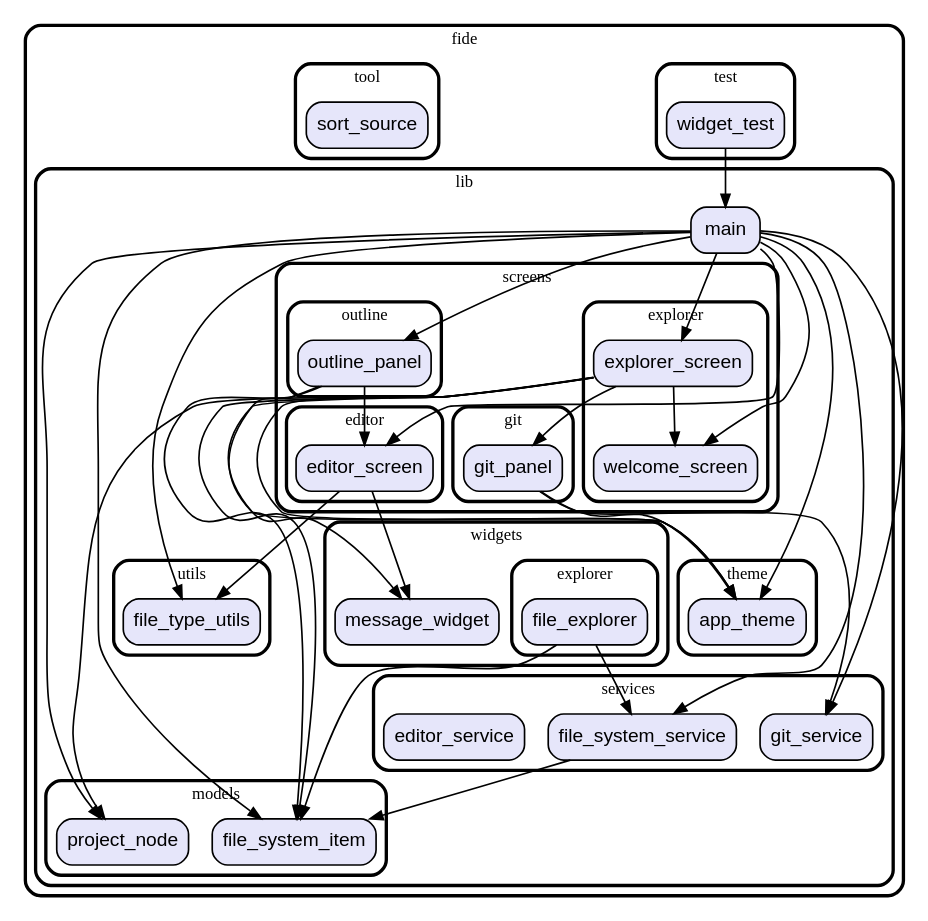
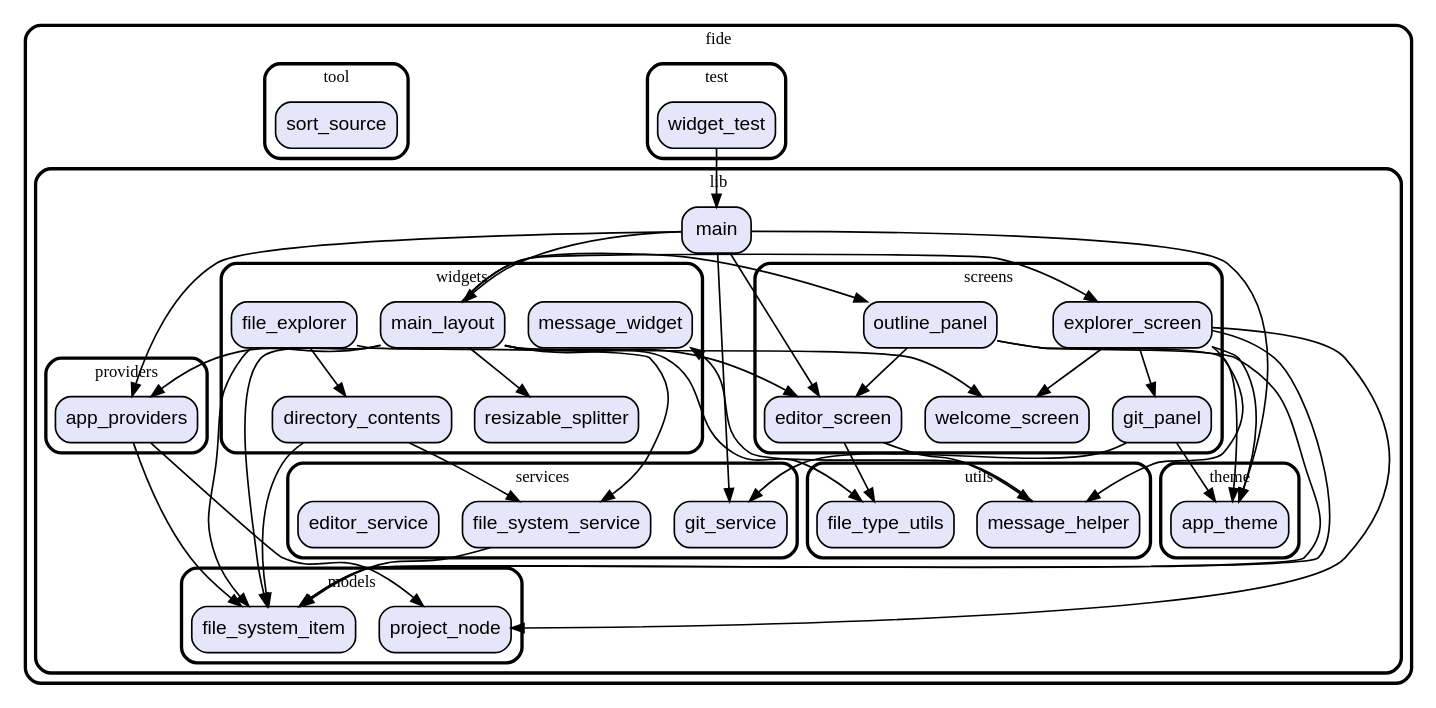
Before and after one commit to vteam-com/FIDE: the diagram in graph.dot, drawn with Graphviz. The commit also changed 14 other files, not shown here.

```diff
--- a/graph.dot
+++ b/graph.dot
@@ -1,111 +1,118 @@
 digraph "" {
   graph [style=rounded fontname="Arial Black" fontsize=13 penwidth=2.6];
   node [shape=rect style="filled,rounded" fontname=Arial fontsize=15 fillcolor=Lavender penwidth=1.3];
   edge [penwidth=1.3];
   "/test/widget_test.dart" [label="widget_test"];
+  "/lib/providers/app_providers.dart" [label="app_providers"];
+  "/lib/utils/message_helper.dart" [label="message_helper"];
   "/lib/utils/file_type_utils.dart" [label="file_type_utils"];
   "/lib/models/project_node.dart" [label="project_node"];
   "/lib/models/file_system_item.dart" [label="file_system_item"];
-  "/lib/screens/explorer/explorer_screen.dart" [label="explorer_screen"];
-  "/lib/screens/explorer/welcome_screen.dart" [label="welcome_screen"];
-  "/lib/screens/outline/outline_panel.dart" [label="outline_panel"];
-  "/lib/screens/editor/editor_screen.dart" [label="editor_screen"];
-  "/lib/screens/git/git_panel.dart" [label="git_panel"];
+  "/lib/screens/git_panel.dart" [label="git_panel"];
+  "/lib/screens/explorer_screen.dart" [label="explorer_screen"];
+  "/lib/screens/outline_panel.dart" [label="outline_panel"];
+  "/lib/screens/editor_screen.dart" [label="editor_screen"];
+  "/lib/screens/welcome_screen.dart" [label="welcome_screen"];
   "/lib/main.dart" [label="main"];
   "/lib/theme/app_theme.dart" [label="app_theme"];
   "/lib/services/git_service.dart" [label="git_service"];
   "/lib/services/file_system_service.dart" [label="file_system_service"];
   "/lib/services/editor_service.dart" [label="editor_service"];
-  "/lib/widgets/explorer/file_explorer.dart" [label="file_explorer"];
+  "/lib/widgets/resizable_splitter.dart" [label="resizable_splitter"];
+  "/lib/widgets/directory_contents.dart" [label="directory_contents"];
+  "/lib/widgets/main_layout.dart" [label="main_layout"];
+  "/lib/widgets/file_explorer.dart" [label="file_explorer"];
   "/lib/widgets/message_widget.dart" [label="message_widget"];
   "/tool/sort_source.dart" [label="sort_source"];
   subgraph "cluster~" {
     label="fide";
     subgraph "cluster~/test" {
       label="test";
       "/test/widget_test.dart";
     }
     subgraph "cluster~/lib" {
       label="lib";
       "/lib/main.dart";
+      subgraph "cluster~/lib/providers" {
+        label="providers";
+        "/lib/providers/app_providers.dart";
+      }
       subgraph "cluster~/lib/utils" {
         label="utils";
+        "/lib/utils/message_helper.dart";
         "/lib/utils/file_type_utils.dart";
       }
       subgraph "cluster~/lib/models" {
         label="models";
         "/lib/models/project_node.dart";
         "/lib/models/file_system_item.dart";
       }
       subgraph "cluster~/lib/screens" {
         label="screens";
-        subgraph "cluster~/lib/screens/explorer" {
-          label="explorer";
-          "/lib/screens/explorer/explorer_screen.dart";
-          "/lib/screens/explorer/welcome_screen.dart";
-        }
-        subgraph "cluster~/lib/screens/outline" {
-          label="outline";
-          "/lib/screens/outline/outline_panel.dart";
-        }
-        subgraph "cluster~/lib/screens/editor" {
-          label="editor";
-          "/lib/screens/editor/editor_screen.dart";
-        }
-        subgraph "cluster~/lib/screens/git" {
-          label="git";
-          "/lib/screens/git/git_panel.dart";
-        }
+        "/lib/screens/git_panel.dart";
+        "/lib/screens/explorer_screen.dart";
+        "/lib/screens/outline_panel.dart";
+        "/lib/screens/editor_screen.dart";
+        "/lib/screens/welcome_screen.dart";
       }
       subgraph "cluster~/lib/theme" {
         label="theme";
         "/lib/theme/app_theme.dart";
       }
       subgraph "cluster~/lib/services" {
         label="services";
         "/lib/services/git_service.dart";
         "/lib/services/file_system_service.dart";
         "/lib/services/editor_service.dart";
       }
       subgraph "cluster~/lib/widgets" {
         label="widgets";
+        "/lib/widgets/resizable_splitter.dart";
+        "/lib/widgets/directory_contents.dart";
+        "/lib/widgets/main_layout.dart";
+        "/lib/widgets/file_explorer.dart";
         "/lib/widgets/message_widget.dart";
-        subgraph "cluster~/lib/widgets/explorer" {
-          label="explorer";
-          "/lib/widgets/explorer/file_explorer.dart";
-        }
       }
     }
     subgraph "cluster~/tool" {
       label="tool";
       "/tool/sort_source.dart";
     }
   }
   "/test/widget_test.dart" -> "/lib/main.dart";
-  "/lib/screens/explorer/explorer_screen.dart" -> "/lib/models/project_node.dart";
-  "/lib/screens/explorer/explorer_screen.dart" -> "/lib/models/file_system_item.dart";
-  "/lib/screens/explorer/explorer_screen.dart" -> "/lib/widgets/message_widget.dart";
-  "/lib/screens/explorer/explorer_screen.dart" -> "/lib/screens/explorer/welcome_screen.dart";
-  "/lib/screens/explorer/explorer_screen.dart" -> "/lib/screens/git/git_panel.dart";
-  "/lib/screens/explorer/explorer_screen.dart" -> "/lib/theme/app_theme.dart";
-  "/lib/screens/outline/outline_panel.dart" -> "/lib/theme/app_theme.dart";
-  "/lib/screens/outline/outline_panel.dart" -> "/lib/models/file_system_item.dart";
-  "/lib/screens/outline/outline_panel.dart" -> "/lib/screens/editor/editor_screen.dart";
-  "/lib/screens/editor/editor_screen.dart" -> "/lib/widgets/message_widget.dart";
-  "/lib/screens/editor/editor_screen.dart" -> "/lib/utils/file_type_utils.dart";
-  "/lib/screens/git/git_panel.dart" -> "/lib/theme/app_theme.dart";
-  "/lib/screens/git/git_panel.dart" -> "/lib/services/git_service.dart";
-  "/lib/main.dart" -> "/lib/screens/explorer/explorer_screen.dart";
-  "/lib/main.dart" -> "/lib/screens/explorer/welcome_screen.dart";
-  "/lib/main.dart" -> "/lib/screens/editor/editor_screen.dart";
-  "/lib/main.dart" -> "/lib/screens/outline/outline_panel.dart";
-  "/lib/main.dart" -> "/lib/services/file_system_service.dart";
+  "/lib/providers/app_providers.dart" -> "/lib/models/file_system_item.dart";
+  "/lib/providers/app_providers.dart" -> "/lib/models/project_node.dart";
+  "/lib/utils/message_helper.dart" -> "/lib/widgets/message_widget.dart";
+  "/lib/screens/git_panel.dart" -> "/lib/theme/app_theme.dart";
+  "/lib/screens/git_panel.dart" -> "/lib/services/git_service.dart";
+  "/lib/screens/explorer_screen.dart" -> "/lib/models/project_node.dart";
+  "/lib/screens/explorer_screen.dart" -> "/lib/models/file_system_item.dart";
+  "/lib/screens/explorer_screen.dart" -> "/lib/utils/message_helper.dart";
+  "/lib/screens/explorer_screen.dart" -> "/lib/screens/welcome_screen.dart";
+  "/lib/screens/explorer_screen.dart" -> "/lib/screens/git_panel.dart";
+  "/lib/screens/explorer_screen.dart" -> "/lib/theme/app_theme.dart";
+  "/lib/screens/outline_panel.dart" -> "/lib/theme/app_theme.dart";
+  "/lib/screens/outline_panel.dart" -> "/lib/models/file_system_item.dart";
+  "/lib/screens/outline_panel.dart" -> "/lib/screens/editor_screen.dart";
+  "/lib/screens/editor_screen.dart" -> "/lib/utils/message_helper.dart";
+  "/lib/screens/editor_screen.dart" -> "/lib/utils/file_type_utils.dart";
+  "/lib/main.dart" -> "/lib/providers/app_providers.dart";
+  "/lib/main.dart" -> "/lib/widgets/main_layout.dart";
+  "/lib/main.dart" -> "/lib/screens/editor_screen.dart";
   "/lib/main.dart" -> "/lib/services/git_service.dart";
   "/lib/main.dart" -> "/lib/theme/app_theme.dart";
-  "/lib/main.dart" -> "/lib/models/file_system_item.dart";
-  "/lib/main.dart" -> "/lib/models/project_node.dart";
-  "/lib/main.dart" -> "/lib/utils/file_type_utils.dart";
   "/lib/services/file_system_service.dart" -> "/lib/models/file_system_item.dart";
-  "/lib/widgets/explorer/file_explorer.dart" -> "/lib/services/file_system_service.dart";
-  "/lib/widgets/explorer/file_explorer.dart" -> "/lib/models/file_system_item.dart";
+  "/lib/widgets/directory_contents.dart" -> "/lib/services/file_system_service.dart";
+  "/lib/widgets/directory_contents.dart" -> "/lib/models/file_system_item.dart";
+  "/lib/widgets/main_layout.dart" -> "/lib/providers/app_providers.dart";
+  "/lib/widgets/main_layout.dart" -> "/lib/screens/explorer_screen.dart";
+  "/lib/widgets/main_layout.dart" -> "/lib/screens/welcome_screen.dart";
+  "/lib/widgets/main_layout.dart" -> "/lib/screens/editor_screen.dart";
+  "/lib/widgets/main_layout.dart" -> "/lib/screens/outline_panel.dart";
+  "/lib/widgets/main_layout.dart" -> "/lib/models/file_system_item.dart";
+  "/lib/widgets/main_layout.dart" -> "/lib/utils/file_type_utils.dart";
+  "/lib/widgets/main_layout.dart" -> "/lib/widgets/resizable_splitter.dart";
+  "/lib/widgets/file_explorer.dart" -> "/lib/services/file_system_service.dart";
+  "/lib/widgets/file_explorer.dart" -> "/lib/models/file_system_item.dart";
+  "/lib/widgets/file_explorer.dart" -> "/lib/widgets/directory_contents.dart";
 }
```
